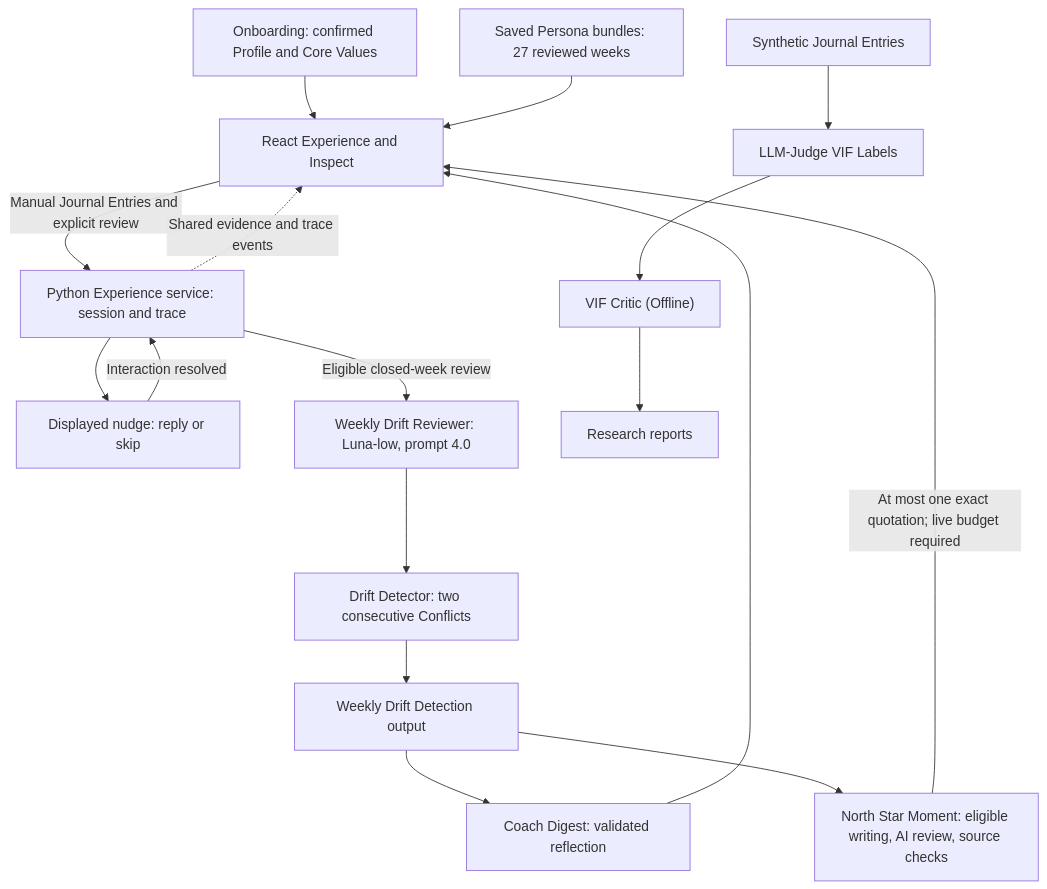
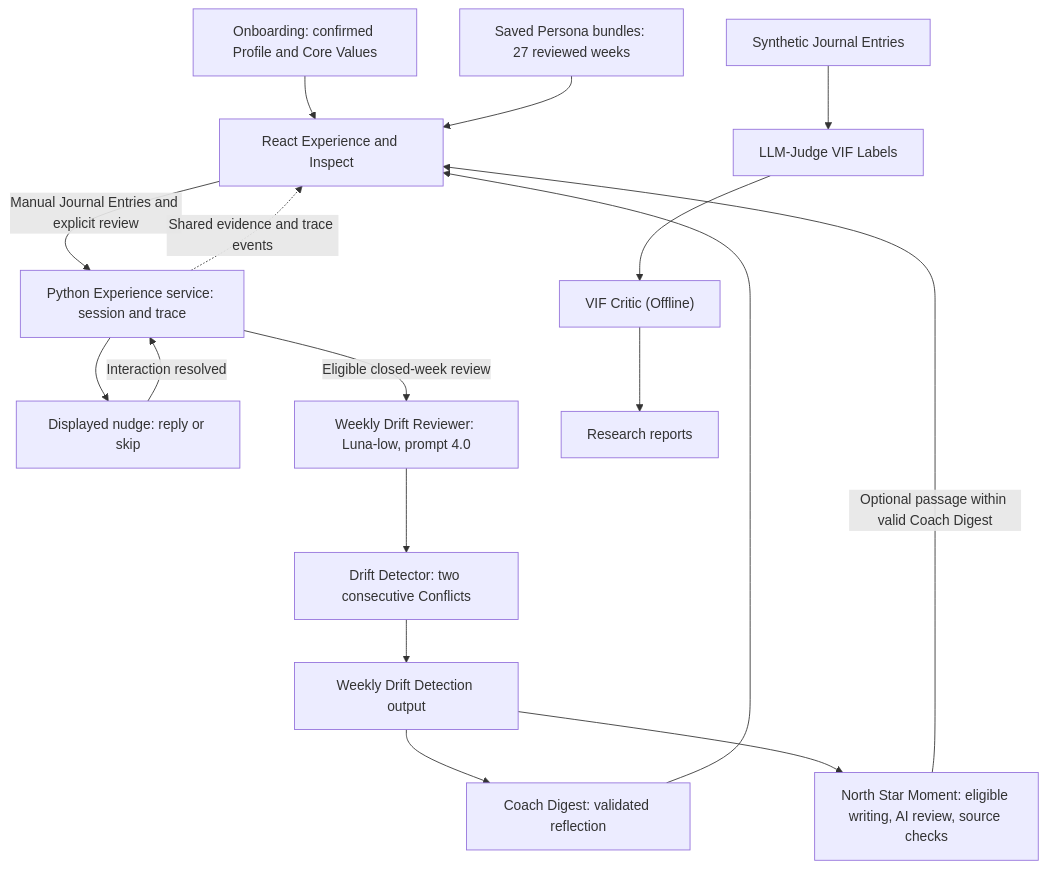
The diagram in docs/architecture/e2e_architecture.md (DesmondChoy/twinkl), drawn with Mermaid before and after one commit. The commit also changed other lines of this file and 143 other files, not shown here.

````diff
--- a/docs/architecture/e2e_architecture.md
+++ b/docs/architecture/e2e_architecture.md
@@ -8,19 +8,19 @@
 ```mermaid
 flowchart TD
     Profile["Onboarding: confirmed Profile and Core Values"] --> Experience["React Experience and Inspect"]
     Saved["Saved Persona bundles: 27 reviewed weeks"] --> Experience
     Experience -->|"Manual Journal Entries and explicit review"| API["Python Experience service: session and trace"]
     API --> Nudge["Displayed nudge: reply or skip"]
     Nudge -->|"Interaction resolved"| API
     API -->|"Eligible closed-week review"| Reviewer["Weekly Drift Reviewer: Luna-low, prompt 4.0"]
     Reviewer --> Detector["Drift Detector: two consecutive Conflicts"]
     Detector --> Output["Weekly Drift Detection output"]
     Output --> Coach["Coach Digest: validated reflection"]
     Output --> NSM["North Star Moment: eligible writing, AI review, source checks"]
     Coach --> Experience
-    NSM -->|"At most one exact quotation; live budget required"| Experience
+    NSM -->|"Optional passage within valid Coach Digest"| Experience
     API -.->|"Shared evidence and trace events"| Experience
     Synthetic["Synthetic Journal Entries"] --> Labels["LLM-Judge VIF Labels"]
     Labels --> VIF["VIF Critic (Offline)"]
     VIF --> Reports["Research reports"]
 ```
````
